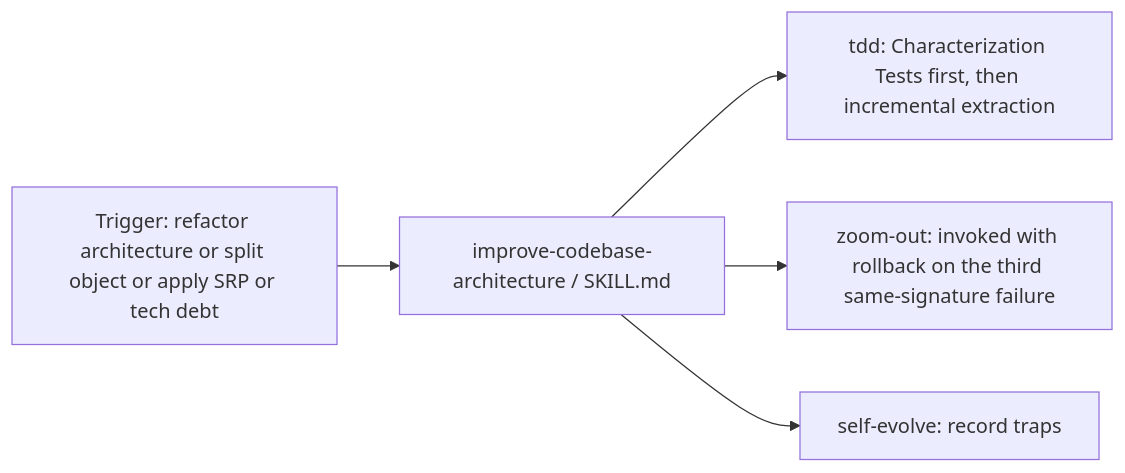
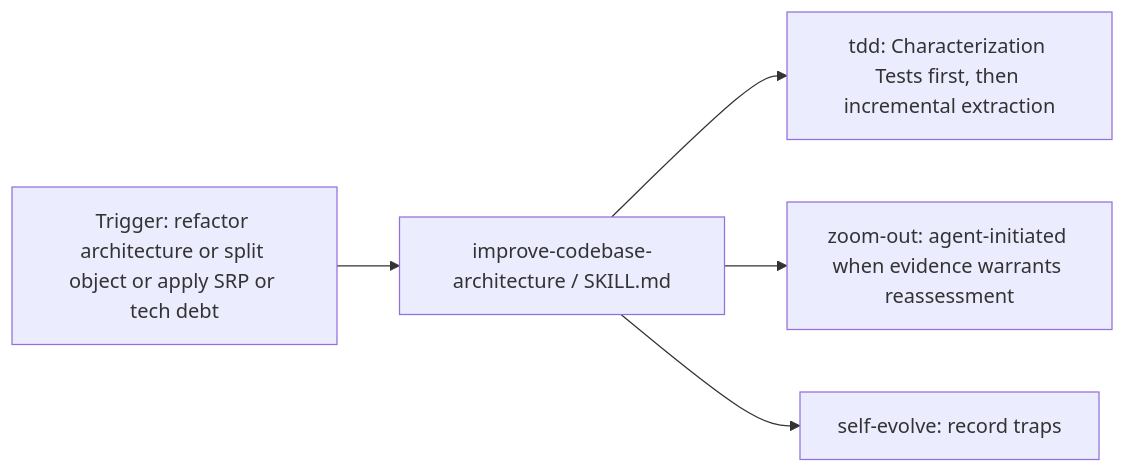
One commit to dyphn1/Harness-everything changed the second of 3 diagrams in docs/workflows/improve-codebase-architecture.md. Above: the diagram before and after it, drawn with Mermaid. The commit also changed other lines of this file and 17 other files, not shown here.

First line of the commit message:
docs(zoom-out): describe agent-initiated zoom-out in active docs

````diff
--- a/docs/workflows/improve-codebase-architecture.md
+++ b/docs/workflows/improve-codebase-architecture.md
@@ -27,7 +28,7 @@
 ```mermaid
 graph LR
   TechDebt["Trigger: refactor architecture or split object or apply SRP or tech debt"] --> ICA["improve-codebase-architecture / SKILL.md"]
   ICA --> TDD["tdd: Characterization Tests first, then incremental extraction"]
-  ICA --> ZoomOut["zoom-out: invoked with rollback on the third same-signature failure"]
+  ICA --> ZoomOut["zoom-out: agent-initiated when evidence warrants reassessment"]
   ICA --> SelfEvolve["self-evolve: record traps"]
 ```
````
